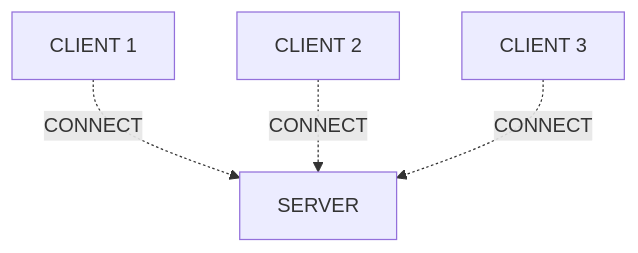
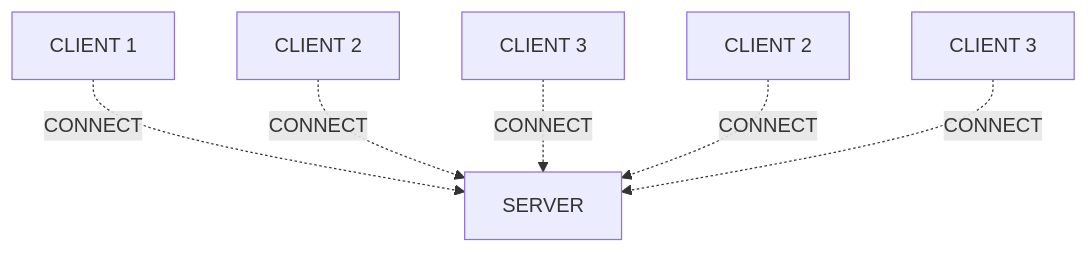
Before and after one commit to wingemo/condvisa: the first of 3 diagrams in README.md, drawn with Mermaid.

````diff
--- a/README.md
+++ b/README.md
@@ -6,6 +6,8 @@
 ```mermaid
 graph TD;
     id1[CLIENT 1]-. CONNECT .->SERVER;
     id2[CLIENT 2]-. CONNECT .->SERVER;
     id3[CLIENT 3]-. CONNECT .->SERVER;
+    id4[CLIENT 2]-. CONNECT .->SERVER;
+    id5[CLIENT 3]-. CONNECT .->SERVER;
 ```
````
